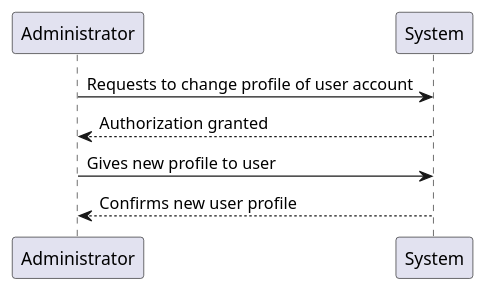
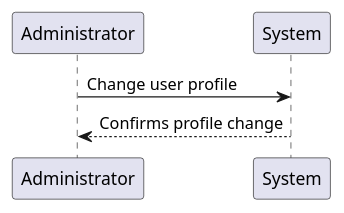
One commit to ivo-menezes/project_g3 changed the diagram in docs/modelling_design/user_stories/us003/US003_ChangeProfileSSD.puml. Above: the diagram before and after it, drawn with PlantUML. The commit also changed 1 other file, not shown here.

Commit message:
US003 : Update : Change Profile SD and SSD

```diff
--- a/docs/modelling_design/user_stories/us003/US003_ChangeProfileSSD.puml
+++ b/docs/modelling_design/user_stories/us003/US003_ChangeProfileSSD.puml
@@ -1,9 +1,7 @@
 @startuml
 'https://plantuml.com/sequence-diagram
 
 
-Administrator -> System: Requests to change profile of user account
-Administrator <-- System: Authorization granted
-Administrator -> System: Gives new profile to user
-Administrator <-- System: Confirms new user profile
+Administrator -> System: Change user profile
+Administrator <-- System: Confirms profile change
 @enduml
```
